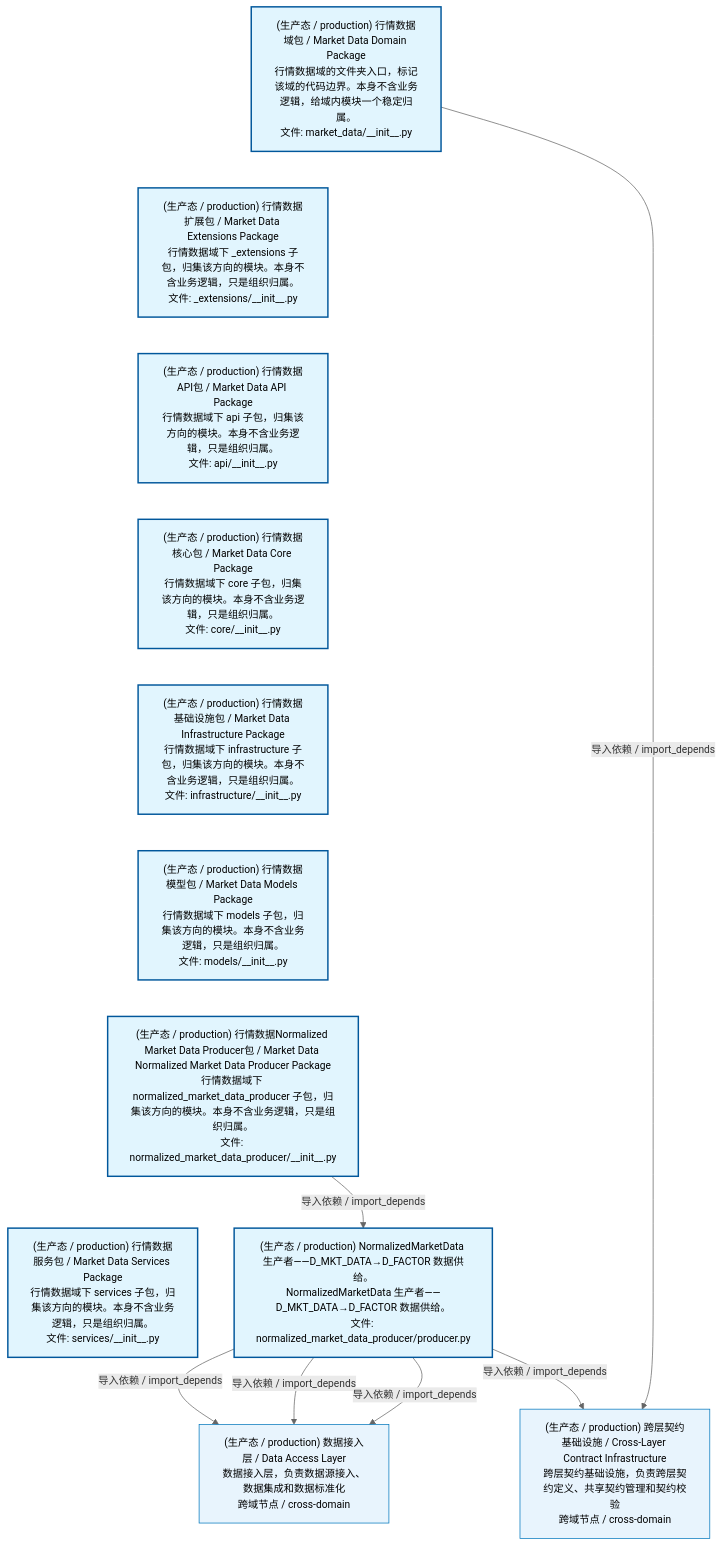
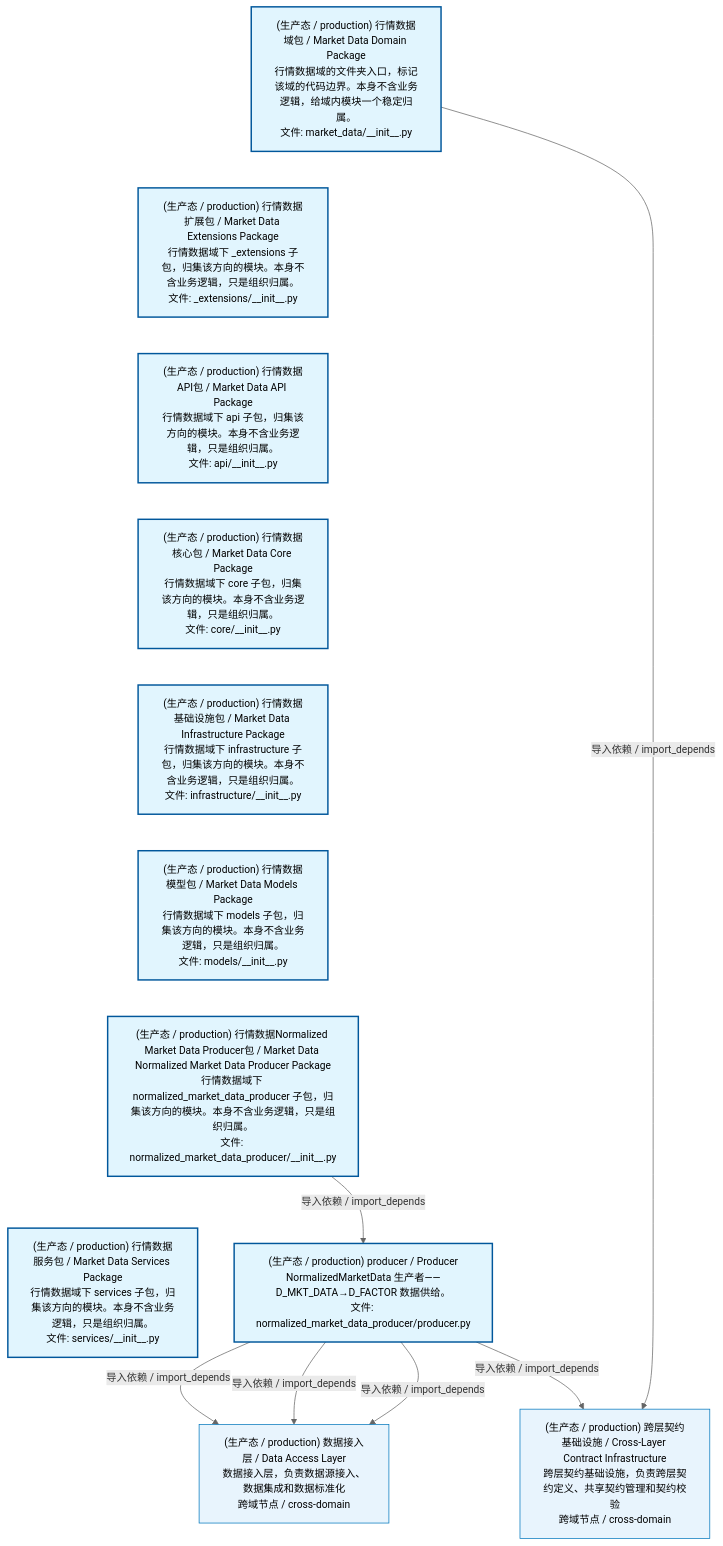
Before and after one commit to xuanFelixVan/ZephyrAlpha: the first of 2 diagrams in docs/02_enterprise_architecture/02_domain_architecture_docs/23_d_mkt_data.md, drawn with Mermaid. The commit also changed other lines of this file and 49 other files, not shown here.

````diff
--- a/docs/02_enterprise_architecture/02_domain_architecture_docs/23_d_mkt_data.md
+++ b/docs/02_enterprise_architecture/02_domain_architecture_docs/23_d_mkt_data.md
@@ -53,34 +53,34 @@
 ```mermaid
 %%{init: {'theme': 'base', 'themeVariables': {'primaryColor': '#eaeaea', 'primaryTextColor': '#333333', 'primaryBorderColor': '#666666', 'lineColor': '#666666', 'secondaryColor': '#eaeaea', 'tertiaryColor': '#eaeaea', 'fontSize': '14px'}}}%%
 flowchart TD
     src_zephyr_market_data_init_py["(生产态 / production) 行情数据域包 / Market Data Domain Package<br/>行情数据域的文件夹入口，标记该域的代码边界。本身不含业务逻辑，给域内模块一个稳定归属。<br/>文件: market_data/__init__.py"]
     src_zephyr_market_data_extensions_init_py["(生产态 / production) 行情数据扩展包 / Market Data Extensions Package<br/>行情数据域下 _extensions 子包，归集该方向的模块。本身不含业务逻辑，只是组织归属。<br/>文件: _extensions/__init__.py"]
     src_zephyr_market_data_api_init_py["(生产态 / production) 行情数据API包 / Market Data API Package<br/>行情数据域下 api 子包，归集该方向的模块。本身不含业务逻辑，只是组织归属。<br/>文件: api/__init__.py"]
     src_zephyr_market_data_core_init_py["(生产态 / production) 行情数据核心包 / Market Data Core Package<br/>行情数据域下 core 子包，归集该方向的模块。本身不含业务逻辑，只是组织归属。<br/>文件: core/__init__.py"]
     src_zephyr_market_data_infrastructure_init_py["(生产态 / production) 行情数据基础设施包 / Market Data Infrastructure Package<br/>行情数据域下 infrastructure 子包，归集该方向的模块。本身不含业务逻辑，只是组织归属。<br/>文件: infrastructure/__init__.py"]
     src_zephyr_market_data_models_init_py["(生产态 / production) 行情数据模型包 / Market Data Models Package<br/>行情数据域下 models 子包，归集该方向的模块。本身不含业务逻辑，只是组织归属。<br/>文件: models/__init__.py"]
     src_zephyr_market_data_normalized_market_data_producer_init_py["(生产态 / production) 行情数据Normalized Market Data Producer包 / Market Data Normalized Market Data Producer Package<br/>行情数据域下 normalized_market_data_producer 子包，归集该方向的模块。本身不含业务逻辑，只是组织归属。<br/>文件: normalized_market_data_producer/__init__.py"]
     src_zephyr_market_data_services_init_py["(生产态 / production) 行情数据服务包 / Market Data Services Package<br/>行情数据域下 services 子包，归集该方向的模块。本身不含业务逻辑，只是组织归属。<br/>文件: services/__init__.py"]
     src_zephyr_market_data_init_py ~~~ src_zephyr_market_data_extensions_init_py
     src_zephyr_market_data_extensions_init_py ~~~ src_zephyr_market_data_api_init_py
     src_zephyr_market_data_api_init_py ~~~ src_zephyr_market_data_core_init_py
     src_zephyr_market_data_core_init_py ~~~ src_zephyr_market_data_infrastructure_init_py
     src_zephyr_market_data_infrastructure_init_py ~~~ src_zephyr_market_data_models_init_py
     src_zephyr_market_data_models_init_py ~~~ src_zephyr_market_data_normalized_market_data_producer_init_py
     src_zephyr_market_data_normalized_market_data_producer_init_py ~~~ src_zephyr_market_data_services_init_py
-    src_zephyr_market_data_normalized_market_data_producer_producer_py["(生产态 / production) NormalizedMarketData 生产者——D_MKT_DATA→D_FACTOR 数据供给。<br/>NormalizedMarketData 生产者——D_MKT_DATA→D_FACTOR 数据供给。<br/>文件: normalized_market_data_producer/producer.py"]
+    src_zephyr_market_data_normalized_market_data_producer_producer_py["(生产态 / production) producer / Producer<br/>NormalizedMarketData 生产者——D_MKT_DATA→D_FACTOR 数据供给。<br/>文件: normalized_market_data_producer/producer.py"]
     src_zephyr_market_data_normalized_market_data_producer_init_py -->|导入依赖 / import_depends| src_zephyr_market_data_normalized_market_data_producer_producer_py
     D_DATA["(生产态 / production) 数据接入层 / Data Access Layer<br/>数据接入层，负责数据源接入、数据集成和数据标准化<br/>跨域节点 / cross-domain"]
     src_zephyr_market_data_normalized_market_data_producer_producer_py -->|导入依赖 / import_depends| D_DATA
     src_zephyr_market_data_normalized_market_data_producer_producer_py -->|导入依赖 / import_depends| D_DATA
     src_zephyr_market_data_normalized_market_data_producer_producer_py -->|导入依赖 / import_depends| D_DATA
     D_INFRASTRUCTURE["(生产态 / production) 跨层契约基础设施 / Cross-Layer Contract Infrastructure<br/>跨层契约基础设施，负责跨层契约定义、共享契约管理和契约校验<br/>跨域节点 / cross-domain"]
     src_zephyr_market_data_normalized_market_data_producer_producer_py -->|导入依赖 / import_depends| D_INFRASTRUCTURE
     src_zephyr_market_data_init_py -->|导入依赖 / import_depends| D_INFRASTRUCTURE
     classDef production fill:#e1f5fe,stroke:#01579b,stroke-width:2px,color:#000
     classDef design fill:#fff3e0,stroke:#e65100,stroke-width:2px,color:#000,stroke-dasharray: 5 5
     classDef external_prod fill:#e8f4fd,stroke:#0277bd,stroke-width:1px,color:#000
     classDef external_design fill:#fff8e7,stroke:#ef6c00,stroke-width:1px,color:#000,stroke-dasharray: 5 5
     class src_zephyr_market_data_init_py,src_zephyr_market_data_extensions_init_py,src_zephyr_market_data_api_init_py,src_zephyr_market_data_core_init_py,src_zephyr_market_data_infrastructure_init_py,src_zephyr_market_data_models_init_py,src_zephyr_market_data_normalized_market_data_producer_init_py,src_zephyr_market_data_normalized_market_data_producer_producer_py,src_zephyr_market_data_services_init_py production
     class D_DATA,D_INFRASTRUCTURE external_prod
 ```
````
